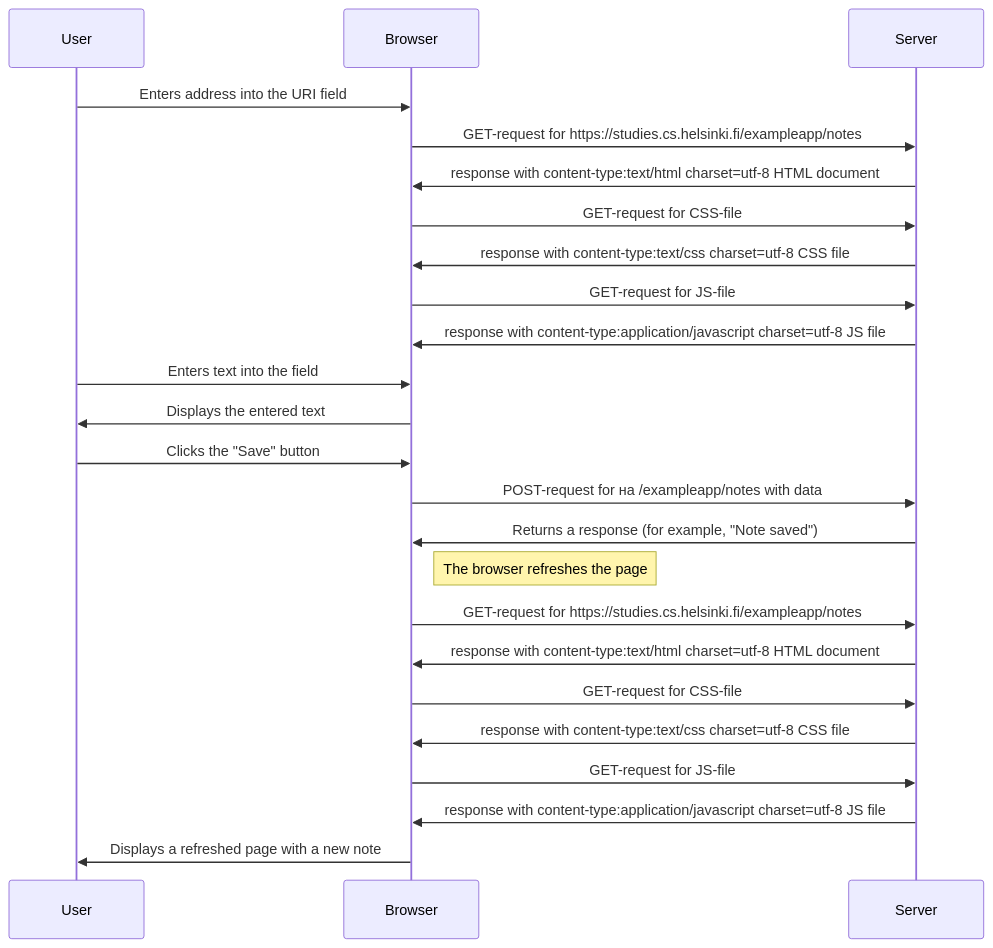
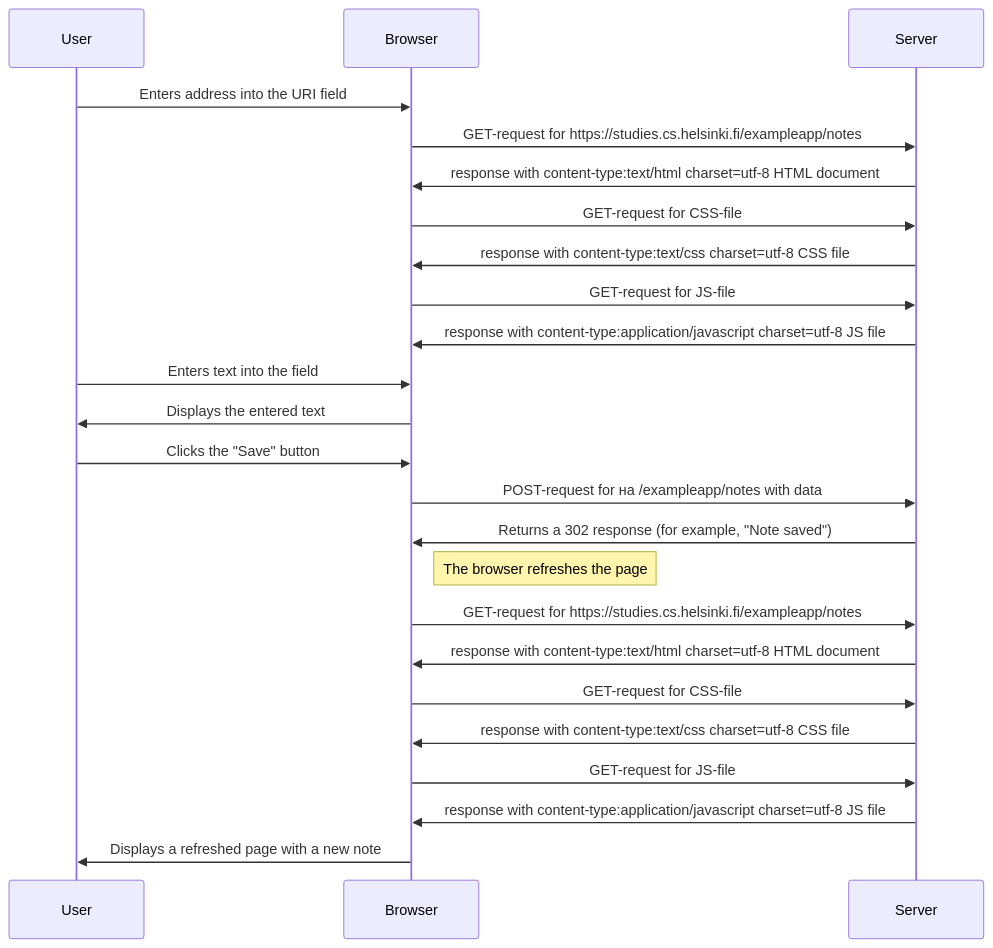
The diagram in README.md (iFrodo/fullstackopen), drawn with Mermaid before and after one commit.

````diff
--- a/README.md
+++ b/README.md
@@ -1,38 +1,38 @@
 ``` mermaid
 sequenceDiagram
     participant User
     participant Browser
     participant Server
 
     User->>Browser: Enters address into the URI field
 
     Browser->>Server: GET-request for https://studies.cs.helsinki.fi/exampleapp/notes
     Server->>Browser: response  with content-type:text/html charset=utf-8 HTML document 
 
     Browser->>Server: GET-request for CSS-file
     Server->>Browser: response with content-type:text/css charset=utf-8 CSS file
 
     Browser->>Server: GET-request for JS-file
     Server->>Browser: response with content-type:application/javascript charset=utf-8 JS file
 
     User->>Browser: Enters text into the field
     Browser->>User: Displays the entered text
 
     User->>Browser: Clicks the "Save" button
     Browser->>Server: POST-request for на /exampleapp/notes with data
-    Server->>Browser: Returns a response (for example, "Note saved")
+    Server->>Browser: Returns a 302 response (for example, "Note saved")
 
     Note right of Browser: The browser refreshes the page
-   Browser->>Server: GET-request for https://studies.cs.helsinki.fi/exampleapp/notes
+    Browser->>Server: GET-request for https://studies.cs.helsinki.fi/exampleapp/notes
     Server->>Browser: response  with content-type:text/html charset=utf-8 HTML document 
 
     Browser->>Server: GET-request for CSS-file
     Server->>Browser: response with content-type:text/css charset=utf-8 CSS file
 
     Browser->>Server: GET-request for JS-file
     Server->>Browser: response with content-type:application/javascript charset=utf-8 JS file
 
     Browser->>User: Displays a refreshed page with a new note
 
 
 ```
````
